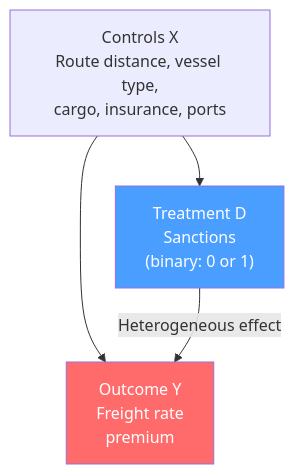
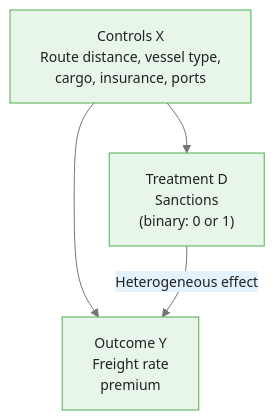
The first of 2 diagrams in courses/double-machine-learning/modules/module_06_interactive_regression/guides/01_interactive_regression_slides.md (m-deane/course-creator), drawn with Mermaid before and after one commit. The commit also changed other lines of this file and 40 other files, not shown here.

````diff
--- a/courses/double-machine-learning/modules/module_06_interactive_regression/guides/01_interactive_regression_slides.md
+++ b/courses/double-machine-learning/modules/module_06_interactive_regression/guides/01_interactive_regression_slides.md
@@ -71,8 +75,7 @@
 ```mermaid
+%%{init: {"theme": "base", "themeVariables": {"primaryColor": "#e8f5e9", "primaryBorderColor": "#4caf50", "primaryTextColor": "#212121", "secondaryColor": "#e3f2fd", "tertiaryColor": "#fff8e1", "lineColor": "#757575", "fontFamily": "Inter, sans-serif", "fontSize": "14px"}}}%%
 graph TD
     X["Controls X<br/>Route distance, vessel type,<br/>cargo, insurance, ports"] --> D["Treatment D<br/>Sanctions<br/>(binary: 0 or 1)"]
     X --> Y["Outcome Y<br/>Freight rate<br/>premium"]
     D -->|"Heterogeneous effect"| Y
-    style D fill:#4a9eff,color:#fff
-    style Y fill:#ff6b6b,color:#fff
 ```
````
